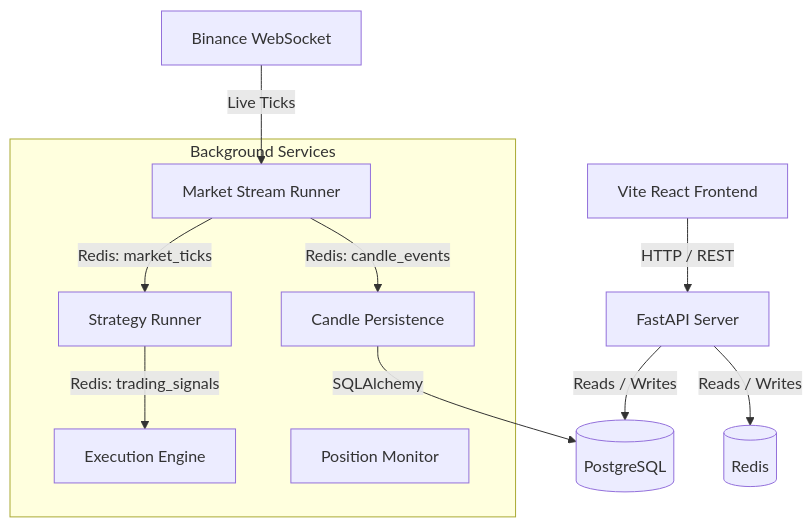
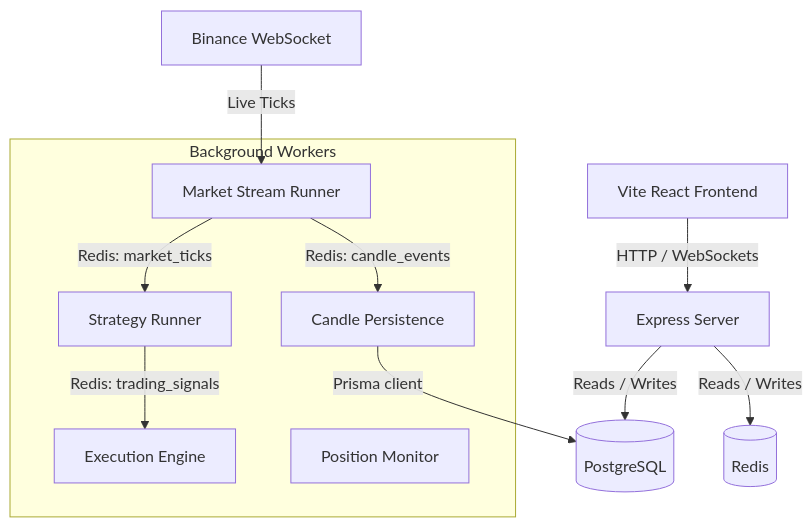
One commit to Rohsh00/real-trading-bot changed the diagram in GETTING_STARTED.md. Above: the diagram before and after it, drawn with Mermaid. The commit also changed other lines of this file and 291 other files, not shown here.

````diff
--- a/GETTING_STARTED.md
+++ b/GETTING_STARTED.md
@@ -13,21 +13,21 @@
 ```mermaid
 graph TD
-    subgraph Services [Background Services]
+    subgraph Services [Background Workers]
         Stream[Market Stream Runner]
         Candle[Candle Persistence]
         Strategy[Strategy Runner]
         Execution[Execution Engine]
         Monitor[Position Monitor]
-    end
+      end
 
     Binance[Binance WebSocket] -->|Live Ticks| Stream
     Stream -->|Redis: market_ticks| Strategy
     Strategy -->|Redis: trading_signals| Execution
     Stream -->|Redis: candle_events| Candle
-    Candle -->|SQLAlchemy| DB[(PostgreSQL)]
+    Candle -->|Prisma client| DB[(PostgreSQL)]
     
-    API[FastAPI Server] -->|Reads / Writes| DB
+    API[Express Server] -->|Reads / Writes| DB
     API -->|Reads / Writes| Redis[(Redis)]
     
-    UI[Vite React Frontend] -->|HTTP / REST| API
+    UI[Vite React Frontend] -->|HTTP / WebSockets| API
 ```
````
